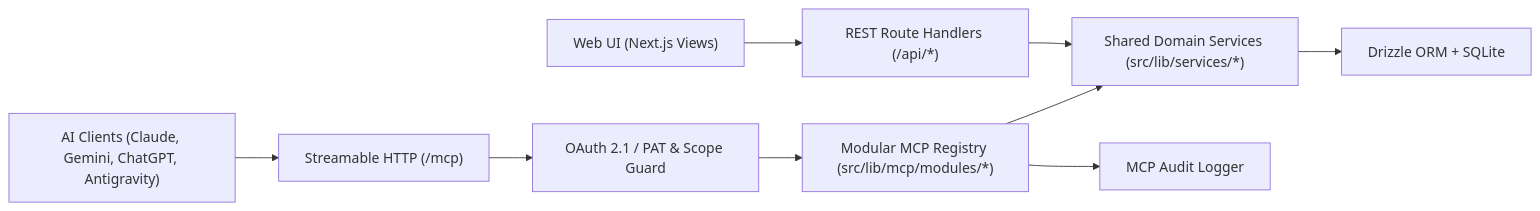
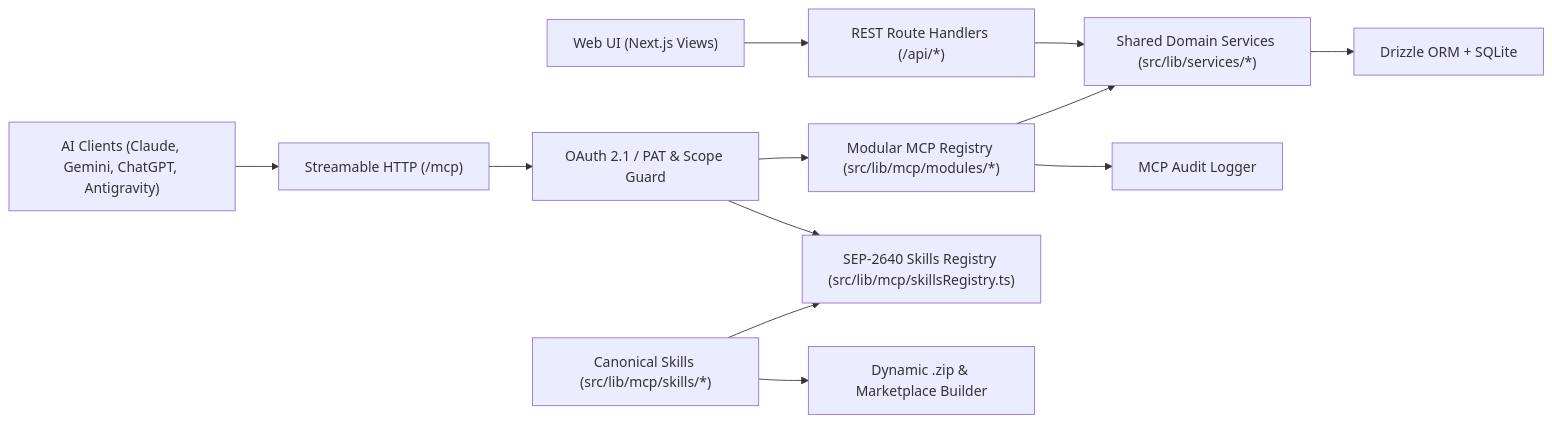
Before and after one commit to cfassoni/RecompPro-core: the second of 2 diagrams in docs/MCP_SERVER_SPEC.md, drawn with Mermaid. The commit also changed other lines of this file, not shown here.

Commit message:
docs: add SEP-2640 skills extension and cross-platform plugins to MCP spec

````diff
--- a/docs/MCP_SERVER_SPEC.md
+++ b/docs/MCP_SERVER_SPEC.md
@@ -375,11 +402,14 @@
 ```mermaid
 flowchart LR
     WebUI["Web UI (Next.js Views)"] --> ApiRoutes["REST Route Handlers (/api/*)"]
     AIClients["AI Clients (Claude, Gemini, ChatGPT, Antigravity)"] --> McpEndpoint["Streamable HTTP (/mcp)"]
     McpEndpoint --> AuthGuard["OAuth 2.1 / PAT & Scope Guard"]
     AuthGuard --> McpRegistry["Modular MCP Registry (src/lib/mcp/modules/*)"]
+    AuthGuard --> SkillsRegistry["SEP-2640 Skills Registry (src/lib/mcp/skillsRegistry.ts)"]
+    CanonicalSkills["Canonical Skills (src/lib/mcp/skills/*)"] --> SkillsRegistry
+    CanonicalSkills --> BundleGen["Dynamic .zip & Marketplace Builder"]
     ApiRoutes --> DomainServices["Shared Domain Services (src/lib/services/*)"]
     McpRegistry --> DomainServices
     DomainServices --> DrizzleDB["Drizzle ORM + SQLite"]
     McpRegistry --> AuditLog["MCP Audit Logger"]
 ```
````
